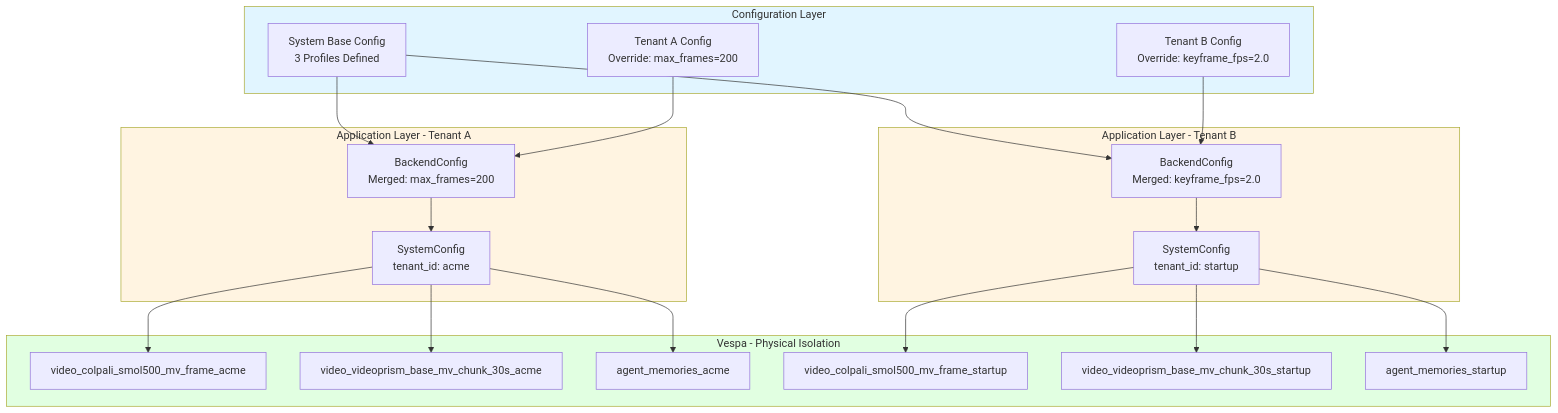
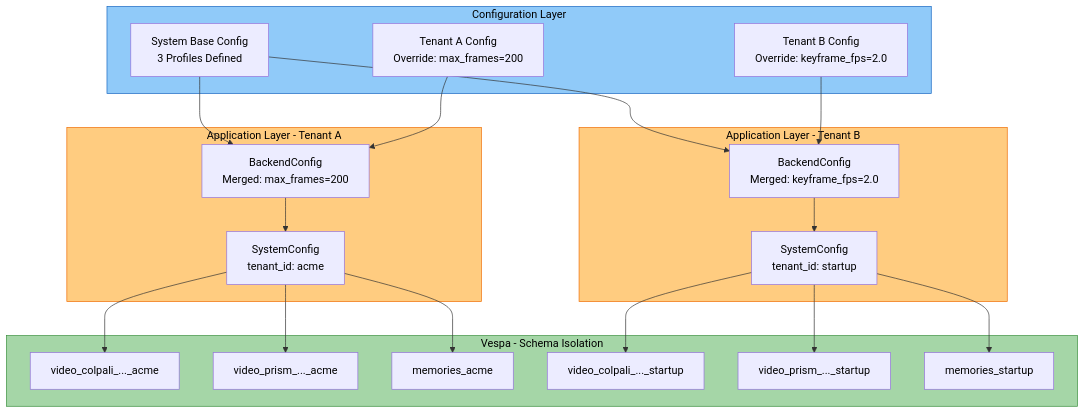
The fifth of 6 diagrams in docs/architecture/multi-tenant.md (amit-jain/cogniverse), drawn with Mermaid before and after one commit. The commit also changed other lines of this file and 83 other files, not shown here.

First line of the commit message:
Fix documentation veracity, formatting, and diagrams across all modules

````diff
--- a/docs/architecture/multi-tenant.md
+++ b/docs/architecture/multi-tenant.md
@@ -754,49 +789,49 @@
 ```mermaid
 flowchart TB
-    subgraph Config[Configuration Layer]
-        SystemConfig[System Base Config<br/>3 Profiles Defined]
-        TenantAConfig[Tenant A Config<br/>Override: max_frames=200]
-        TenantBConfig[Tenant B Config<br/>Override: keyframe_fps=2.0]
+    subgraph Config[<span style='color:#000'>Configuration Layer</span>]
+        SystemConfig[<span style='color:#000'>System Base Config<br/>3 Profiles Defined</span>]
+        TenantAConfig[<span style='color:#000'>Tenant A Config<br/>Override: max_frames=200</span>]
+        TenantBConfig[<span style='color:#000'>Tenant B Config<br/>Override: keyframe_fps=2.0</span>]
     end
 
-    subgraph Application[Application Layer - Tenant A]
-        AppA[SystemConfig<br/>tenant_id: acme]
-        BackendA[BackendConfig<br/>Merged: max_frames=200]
+    subgraph Application[<span style='color:#000'>Application Layer - Tenant A</span>]
+        AppA[<span style='color:#000'>SystemConfig<br/>tenant_id: acme</span>]
+        BackendA[<span style='color:#000'>BackendConfig<br/>Merged: max_frames=200</span>]
     end
 
-    subgraph Application2[Application Layer - Tenant B]
-        AppB[SystemConfig<br/>tenant_id: startup]
-        BackendB[BackendConfig<br/>Merged: keyframe_fps=2.0]
+    subgraph Application2[<span style='color:#000'>Application Layer - Tenant B</span>]
+        AppB[<span style='color:#000'>SystemConfig<br/>tenant_id: startup</span>]
+        BackendB[<span style='color:#000'>BackendConfig<br/>Merged: keyframe_fps=2.0</span>]
     end
 
-    subgraph VespaSchemas[Vespa - Physical Isolation]
-        SchemaA1[video_colpali_smol500_mv_frame_acme]
-        SchemaA2[video_videoprism_base_mv_chunk_30s_acme]
-        SchemaA3[agent_memories_acme]
+    subgraph VespaSchemas[<span style='color:#000'>Vespa - Schema Isolation</span>]
+        SchemaA1[<span style='color:#000'>video_colpali_..._acme</span>]
+        SchemaA2[<span style='color:#000'>video_prism_..._acme</span>]
+        SchemaA3[<span style='color:#000'>memories_acme</span>]
 
-        SchemaB1[video_colpali_smol500_mv_frame_startup]
-        SchemaB2[video_videoprism_base_mv_chunk_30s_startup]
-        SchemaB3[agent_memories_startup]
+        SchemaB1[<span style='color:#000'>video_colpali_..._startup</span>]
+        SchemaB2[<span style='color:#000'>video_prism_..._startup</span>]
+        SchemaB3[<span style='color:#000'>memories_startup</span>]
     end
 
     SystemConfig --> BackendA
     TenantAConfig --> BackendA
     BackendA --> AppA
 
     SystemConfig --> BackendB
     TenantBConfig --> BackendB
     BackendB --> AppB
 
     AppA --> SchemaA1
     AppA --> SchemaA2
     AppA --> SchemaA3
 
     AppB --> SchemaB1
     AppB --> SchemaB2
     AppB --> SchemaB3
 
-    style Config fill:#e1f5ff
-    style Application fill:#fff4e1
-    style Application2 fill:#fff4e1
-    style VespaSchemas fill:#e1ffe1
+    style Config fill:#90caf9,stroke:#1565c0,color:#000
+    style Application fill:#ffcc80,stroke:#ef6c00,color:#000
+    style Application2 fill:#ffcc80,stroke:#ef6c00,color:#000
+    style VespaSchemas fill:#a5d6a7,stroke:#388e3c,color:#000
 ```
````
